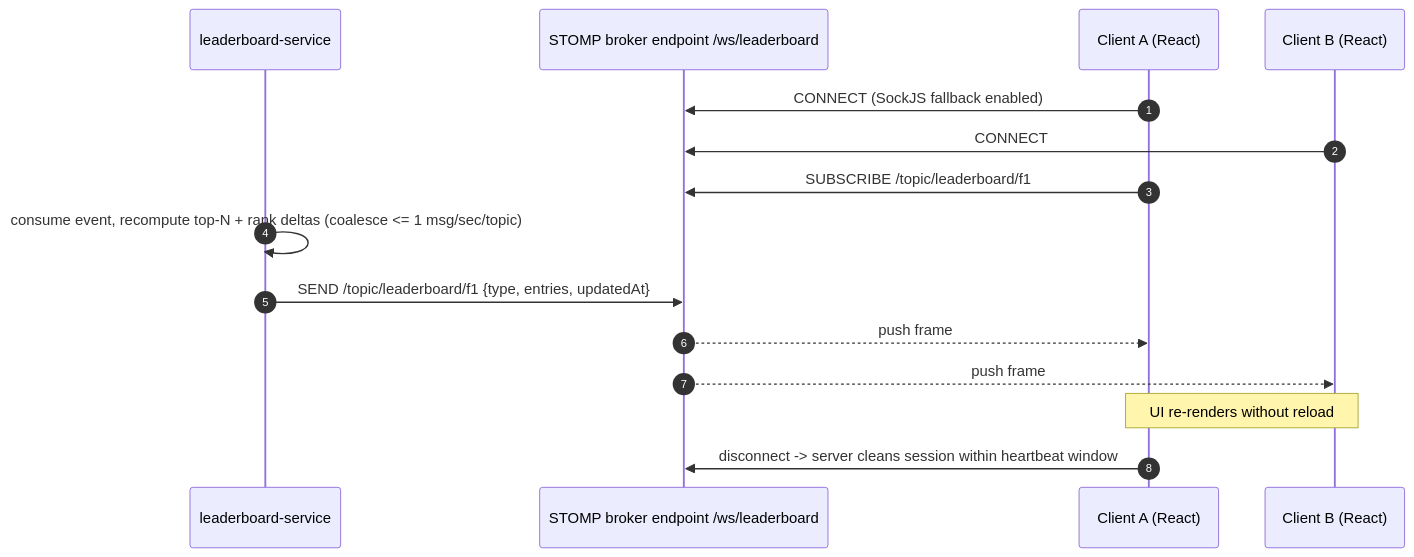
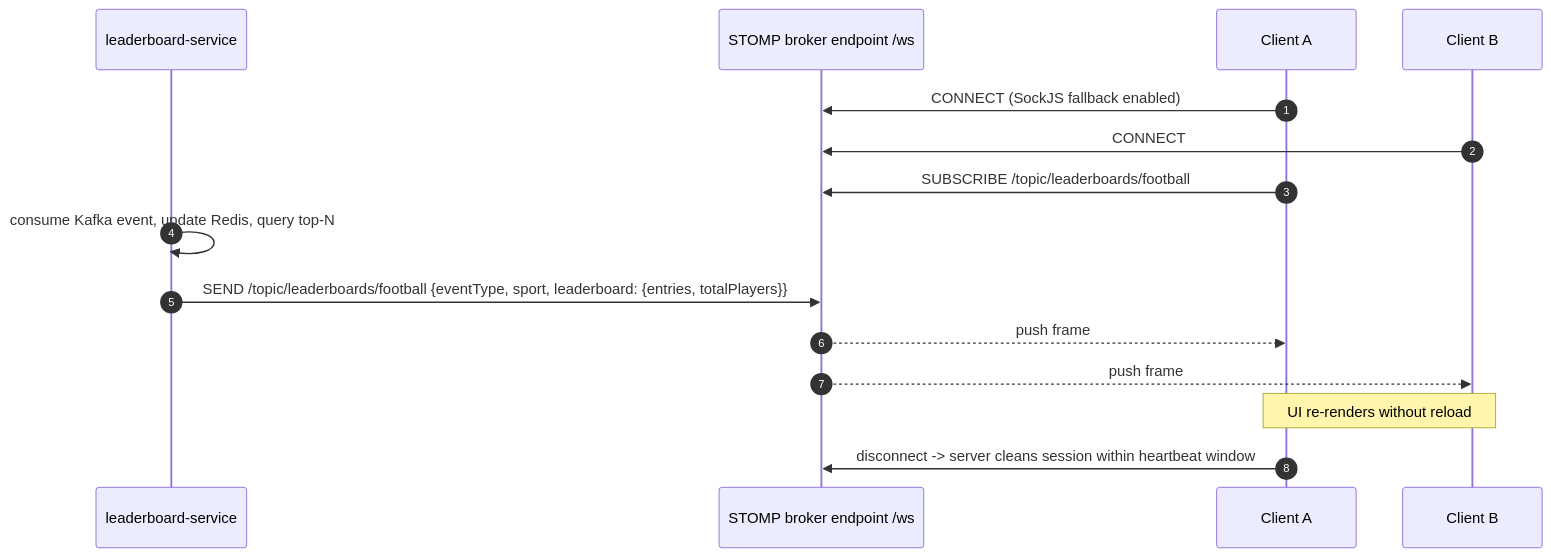
The seventh of 13 diagrams in APPFLOW.md (Prutwi17/real-time-leaderboard), drawn with Mermaid before and after one commit. The commit also changed 29 other files, not shown here.

````diff
--- a/APPFLOW.md
+++ b/APPFLOW.md
@@ -172,18 +172,18 @@
 ```mermaid
 sequenceDiagram
     autonumber
     participant LB as leaderboard-service
-    participant WS as STOMP broker endpoint /ws/leaderboard
-    participant C1 as Client A (React)
-    participant C2 as Client B (React)
+    participant WS as STOMP broker endpoint /ws
+    participant C1 as Client A
+    participant C2 as Client B
 
     C1->>WS: CONNECT (SockJS fallback enabled)
     C2->>WS: CONNECT
-    C1->>WS: SUBSCRIBE /topic/leaderboard/f1
-    LB->>LB: consume event, recompute top-N + rank deltas (coalesce <= 1 msg/sec/topic)
-    LB->>WS: SEND /topic/leaderboard/f1 {type, entries, updatedAt}
+    C1->>WS: SUBSCRIBE /topic/leaderboards/football
+    LB->>LB: consume Kafka event, update Redis, query top-N
+    LB->>WS: SEND /topic/leaderboards/football {eventType, sport, leaderboard: {entries, totalPlayers}}
     WS-->>C1: push frame
     WS-->>C2: push frame
     Note over C1,C2: UI re-renders without reload
     C1->>WS: disconnect -> server cleans session within heartbeat window
 ```
````
